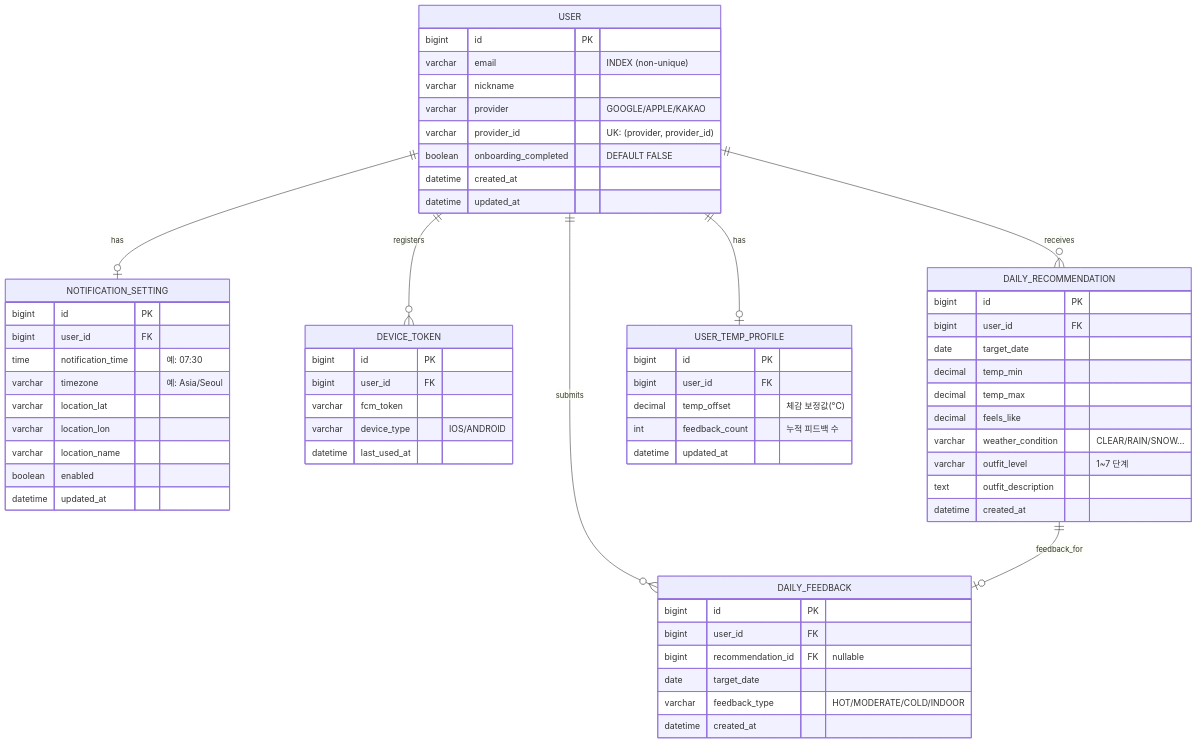
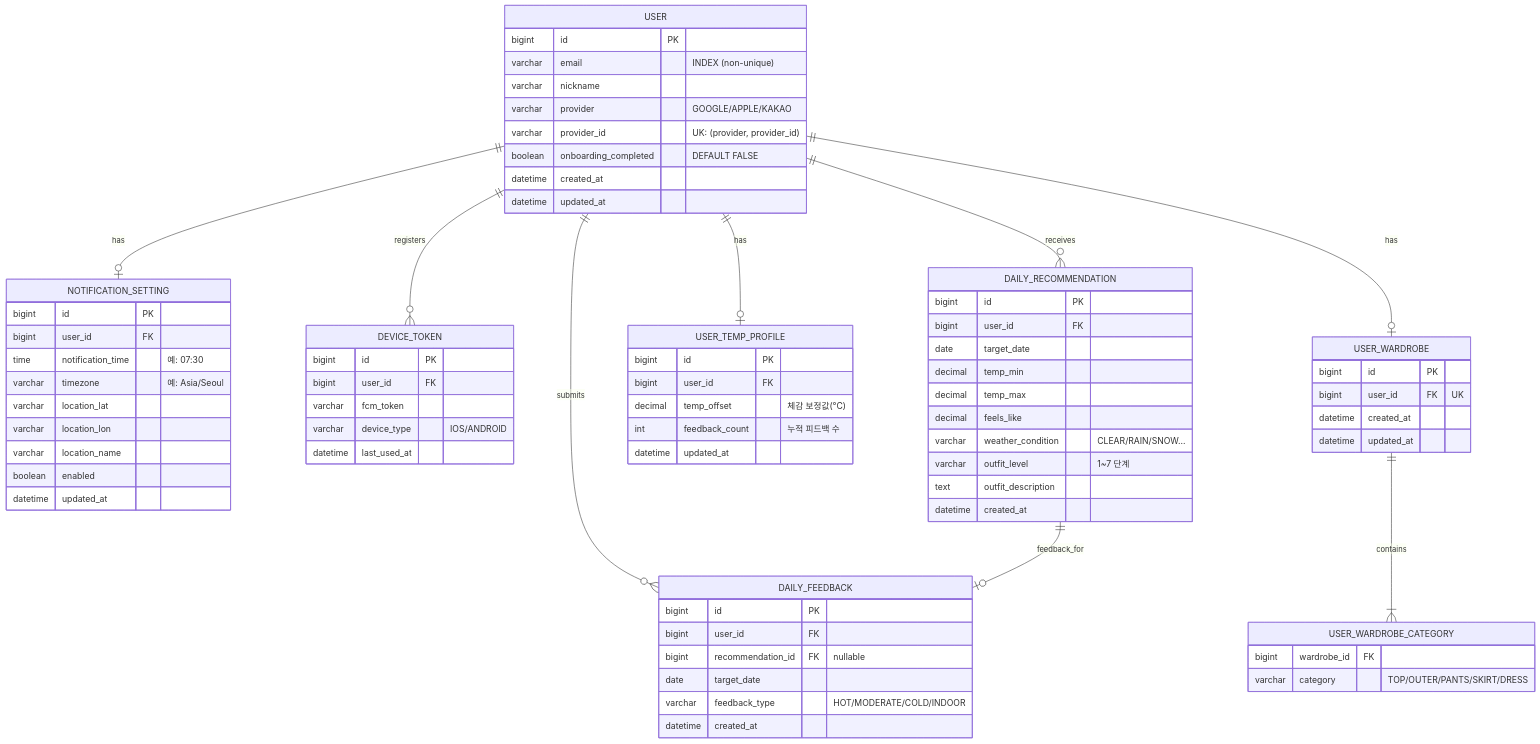
Before and after one commit to najang/OMO: the diagram in docs/04-erd.md, drawn with Mermaid. The commit also changed other lines of this file and 2 other files, not shown here.

Commit message:
OMO-62 docs: ERD · 시퀀스 다이어그램 · API 명세 업데이트

````diff
--- a/docs/04-erd.md
+++ b/docs/04-erd.md
@@ -7,6 +7,8 @@
     USER ||--o{ DAILY_RECOMMENDATION : receives
     USER ||--o{ DAILY_FEEDBACK : submits
     USER ||--o| USER_TEMP_PROFILE : has
+    USER ||--o| USER_WARDROBE : has
+    USER_WARDROBE ||--|{ USER_WARDROBE_CATEGORY : contains
     DAILY_RECOMMENDATION ||--o| DAILY_FEEDBACK : "feedback_for"
 
     USER {
@@ -69,4 +71,16 @@
         int feedback_count "누적 피드백 수"
         datetime updated_at
     }
+
+    USER_WARDROBE {
+        bigint id PK
+        bigint user_id FK "UK"
+        datetime created_at
+        datetime updated_at
+    }
+
+    USER_WARDROBE_CATEGORY {
+        bigint wardrobe_id FK
+        varchar category "TOP/OUTER/PANTS/SKIRT/DRESS"
+    }
 ```
````
